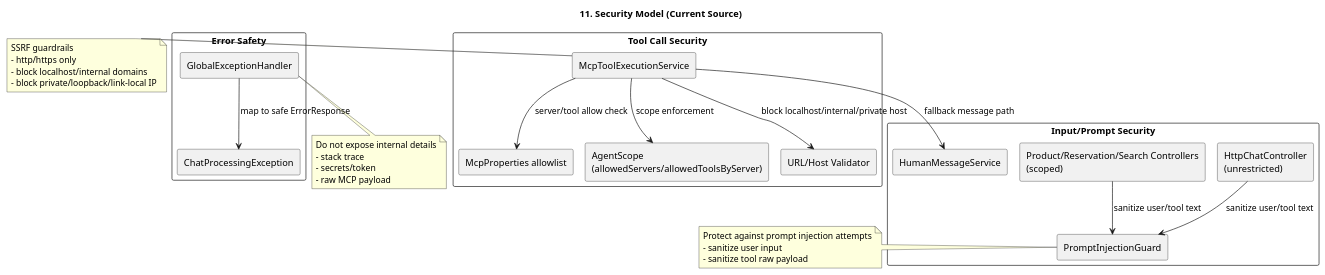
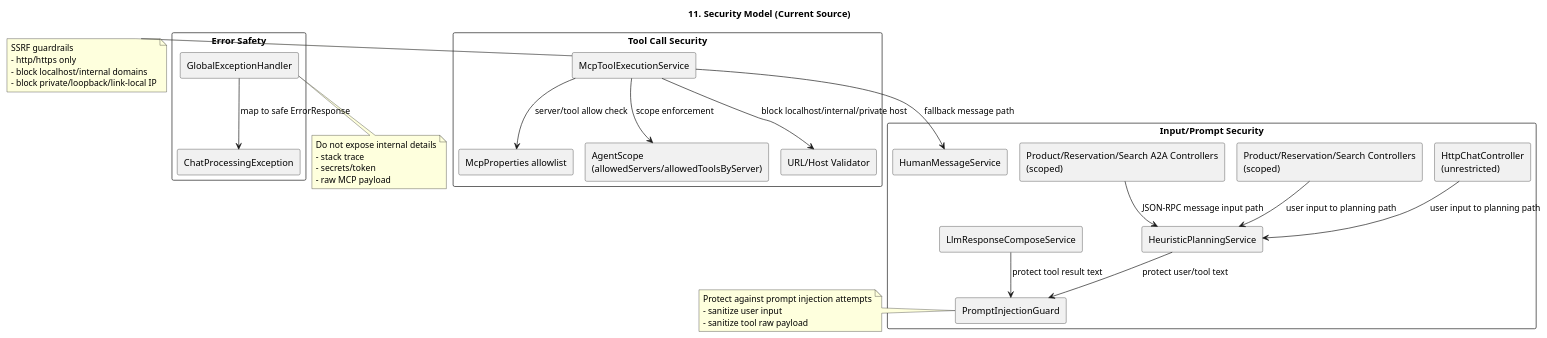
One commit to kim57uak/spring-ai changed the diagram in documents/mcp-orchestrator-architecture/11-security-model.puml. Above: the diagram before and after it, drawn with PlantUML. The commit also changed 123 other files, not shown here.

```diff
--- a/documents/mcp-orchestrator-architecture/11-security-model.puml
+++ b/documents/mcp-orchestrator-architecture/11-security-model.puml
@@ -1,55 +1,61 @@
 @startuml
 !pragma layout smetana
 title 11. Security Model (Current Source)
 
 skinparam shadowing false
 skinparam componentStyle rectangle
 
 rectangle "Input/Prompt Security" {
   [HttpChatController\n(unrestricted)] as HttpController
   [Product/Reservation/Search Controllers\n(scoped)] as ScopedControllers
+  [Product/Reservation/Search A2A Controllers\n(scoped)] as A2AControllers
+  [HeuristicPlanningService] as Planner
+  [LlmResponseComposeService] as Composer
   [PromptInjectionGuard] as PromptGuard
   [HumanMessageService] as HumanMsg
 }
 
 rectangle "Tool Call Security" {
   [McpToolExecutionService] as ToolExec
   [McpProperties allowlist] as AllowList
   [AgentScope\n(allowedServers/allowedToolsByServer)] as AgentScope
   [URL/Host Validator] as UrlValidator
 }
 
 rectangle "Error Safety" {
   [GlobalExceptionHandler] as ErrorHandler
   [ChatProcessingException] as ChatException
 }
 
-HttpController --> PromptGuard : sanitize user/tool text
-ScopedControllers --> PromptGuard : sanitize user/tool text
+HttpController --> Planner : user input to planning path
+ScopedControllers --> Planner : user input to planning path
+A2AControllers --> Planner : JSON-RPC message input path
+Planner --> PromptGuard : protect user/tool text
+Composer --> PromptGuard : protect tool result text
 ToolExec --> AllowList : server/tool allow check
 ToolExec --> AgentScope : scope enforcement
 ToolExec --> UrlValidator : block localhost/internal/private host
 ToolExec --> HumanMsg : fallback message path
 ErrorHandler --> ChatException : map to safe ErrorResponse
 
 note right of PromptGuard
 Protect against prompt injection attempts
 - sanitize user input
 - sanitize tool raw payload
 end note
 
 note right of ToolExec
 SSRF guardrails
 - http/https only
 - block localhost/internal domains
 - block private/loopback/link-local IP
 end note
 
 note bottom of ErrorHandler
 Do not expose internal details
 - stack trace
 - secrets/token
 - raw MCP payload
 end note
 
 @enduml
```
